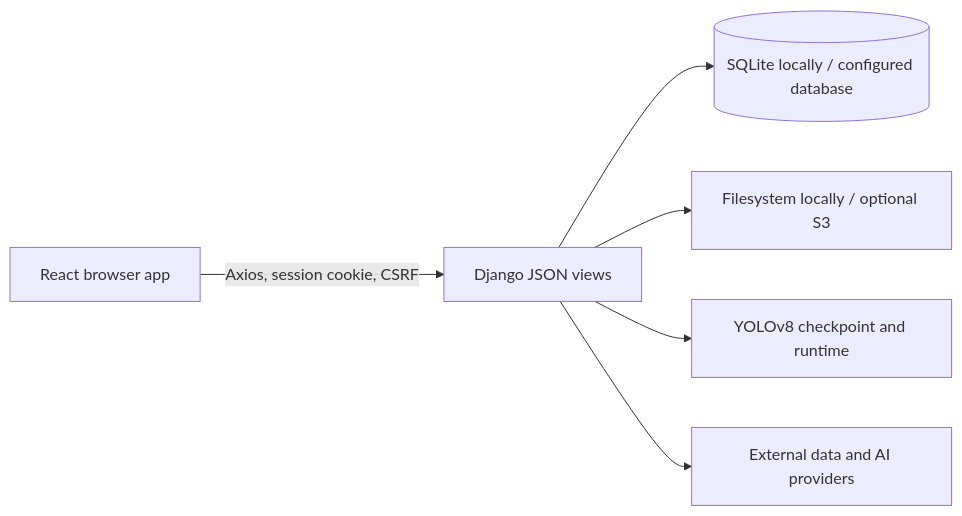
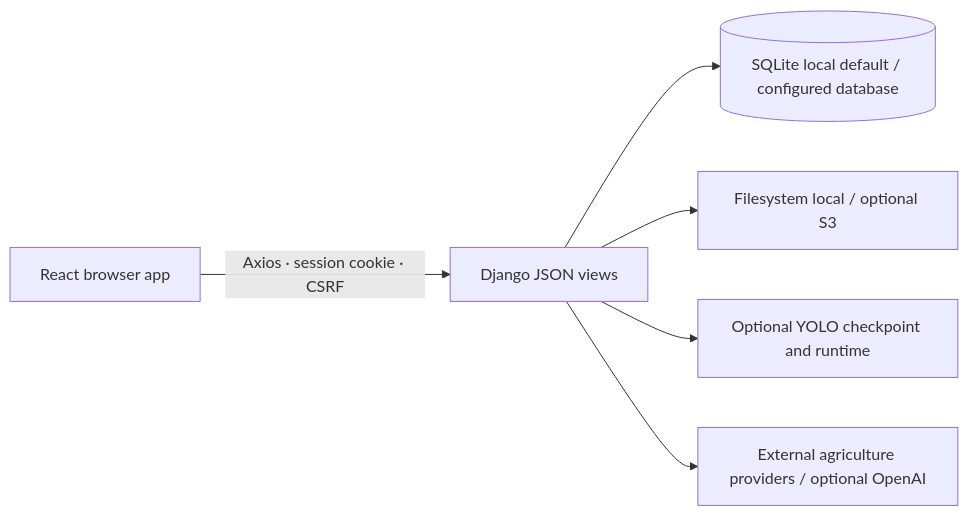
The diagram in docs/ARCHITECTURE.md (minjuko/farm-copilot), drawn with Mermaid before and after one commit. The commit also changed other lines of this file and 6 other files, not shown here.

````diff
--- a/docs/ARCHITECTURE.md
+++ b/docs/ARCHITECTURE.md
@@ -7,8 +7,8 @@
 ```mermaid
 flowchart LR
-  Browser[React browser app] -->|Axios, session cookie, CSRF| Django[Django JSON views]
-  Django --> DB[(SQLite locally / configured database)]
-  Django --> Storage[Filesystem locally / optional S3]
-  Django --> YOLO[YOLOv8 checkpoint and runtime]
-  Django --> Providers[External data and AI providers]
+  Browser[React browser app] -->|Axios · session cookie · CSRF| Django[Django JSON views]
+  Django --> DB[(SQLite local default / configured database)]
+  Django --> Storage[Filesystem local / optional S3]
+  Django --> YOLO[Optional YOLO checkpoint and runtime]
+  Django --> Providers[External agriculture providers / optional OpenAI]
 ```
````
